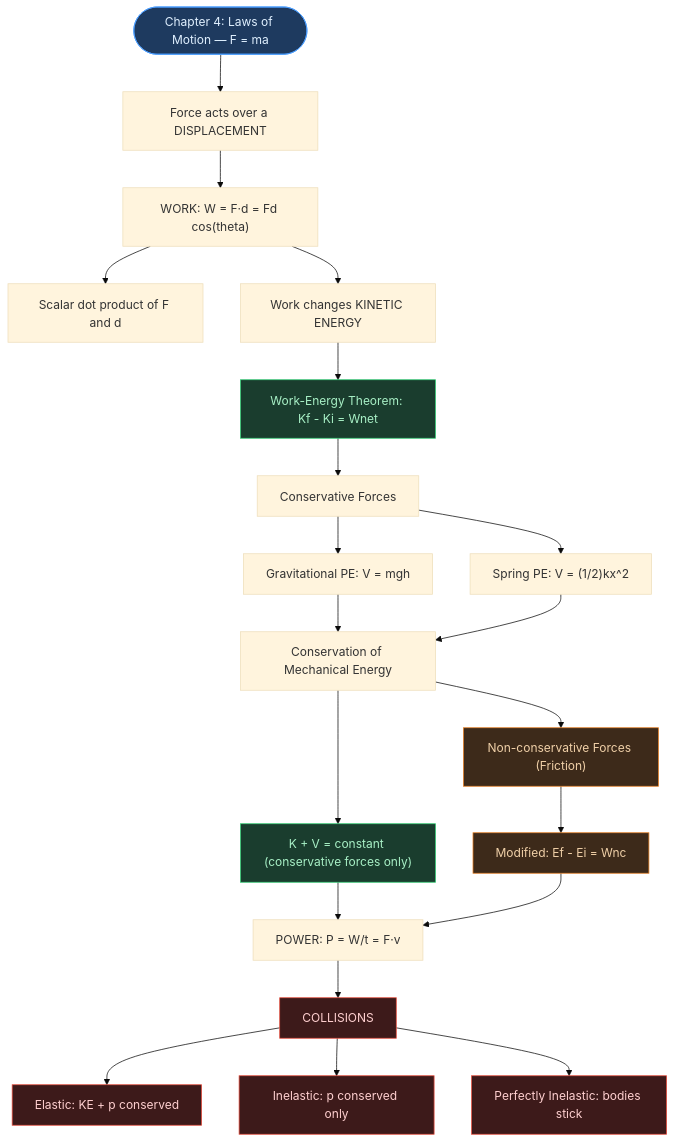
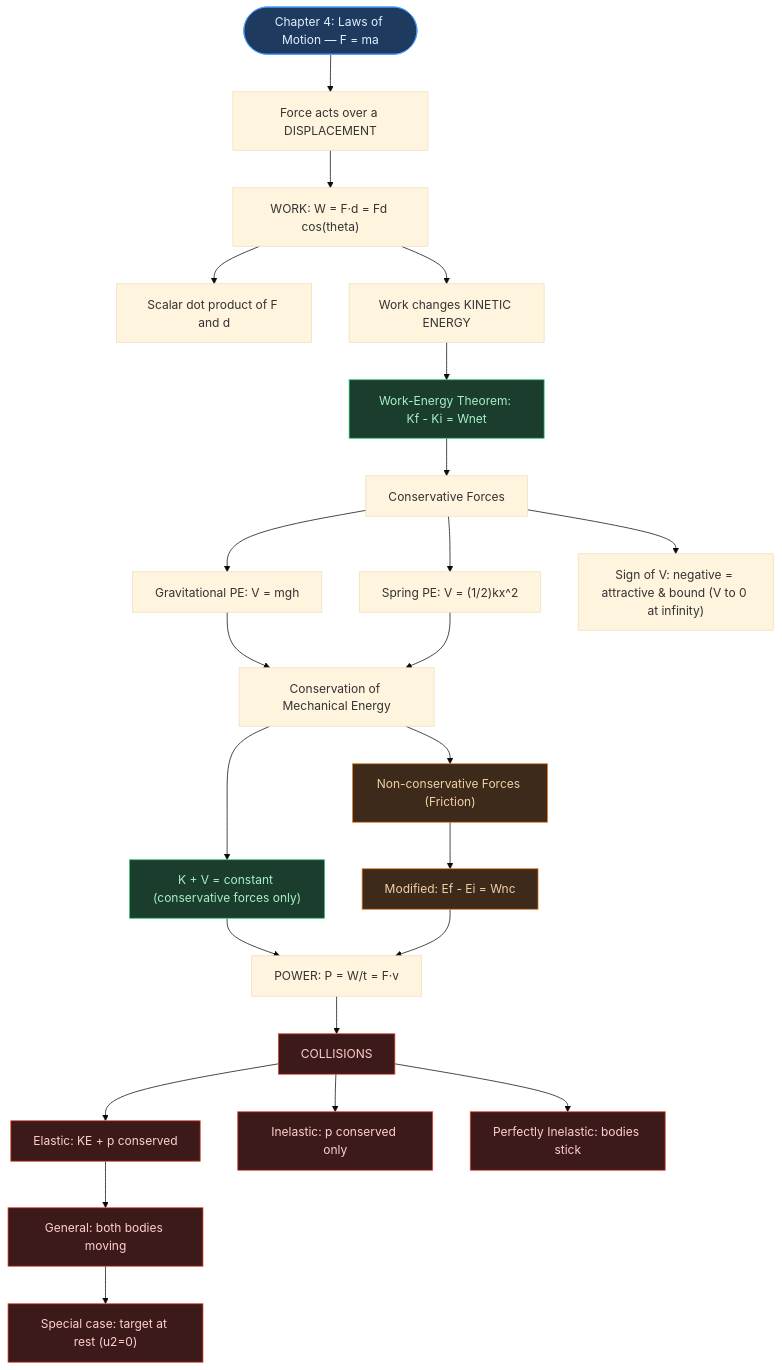
The diagram in AI-NOTES/PHYSICS/PHYSICS05-WORK_ENERGY_AND_POWER/PHYSICS05-WORK_ENERGY_AND_POWER-NOTES.md (fsr-science/NCERT-Science), drawn with Mermaid (base theme) before and after one commit. The commit also changed other lines of this file, not shown here.

````diff
--- a/AI-NOTES/PHYSICS/PHYSICS05-WORK_ENERGY_AND_POWER/PHYSICS05-WORK_ENERGY_AND_POWER-NOTES.md
+++ b/AI-NOTES/PHYSICS/PHYSICS05-WORK_ENERGY_AND_POWER/PHYSICS05-WORK_ENERGY_AND_POWER-NOTES.md
@@ -9,33 +8,38 @@
 ```mermaid
 flowchart TD
     A(["Chapter 4: Laws of Motion — F = ma"])
     A --> B["Force acts over a DISPLACEMENT"]
     B --> C["WORK: W = F·d = Fd cos(theta)"]
     C --> C1["Scalar dot product of F and d"]
     C --> D["Work changes KINETIC ENERGY"]
     D --> E["Work-Energy Theorem: Kf - Ki = Wnet"]
     E --> F["Conservative Forces"]
     F --> F1["Gravitational PE: V = mgh"]
     F --> F2["Spring PE: V = (1/2)kx^2"]
+    F --> F3["Sign of V: negative = attractive & bound (V to 0 at infinity)"]
     F1 --> G["Conservation of Mechanical Energy"]
     F2 --> G
     G --> G1["K + V = constant (conservative forces only)"]
     G --> H["Non-conservative Forces (Friction)"]
     H --> H1["Modified: Ef - Ei = Wnc"]
     G1 --> I["POWER: P = W/t = F·v"]
     H1 --> I
     I --> J["COLLISIONS"]
     J --> J1["Elastic: KE + p conserved"]
+    J1 --> J1a["General: both bodies moving"]
+    J1a --> J1b["Special case: target at rest (u2=0)"]
     J --> J2["Inelastic: p conserved only"]
     J --> J3["Perfectly Inelastic: bodies stick"]
 
     style A fill:#1e3a5f,color:#e0f0ff,stroke:#4a9eff
     style E fill:#1a3d2e,color:#a8f0c6,stroke:#2ecc71
     style G1 fill:#1a3d2e,color:#a8f0c6,stroke:#2ecc71
     style H fill:#3d2a1a,color:#f0d0a8,stroke:#e67e22
     style H1 fill:#3d2a1a,color:#f0d0a8,stroke:#e67e22
     style J fill:#3d1a1a,color:#ffd0d0,stroke:#e74c3c
     style J1 fill:#3d1a1a,color:#ffd0d0,stroke:#e74c3c
+    style J1a fill:#3d1a1a,color:#ffd0d0,stroke:#e74c3c
+    style J1b fill:#3d1a1a,color:#ffd0d0,stroke:#e74c3c
     style J2 fill:#3d1a1a,color:#ffd0d0,stroke:#e74c3c
     style J3 fill:#3d1a1a,color:#ffd0d0,stroke:#e74c3c
 ```
````
